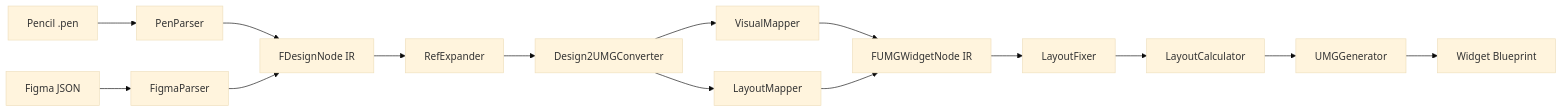
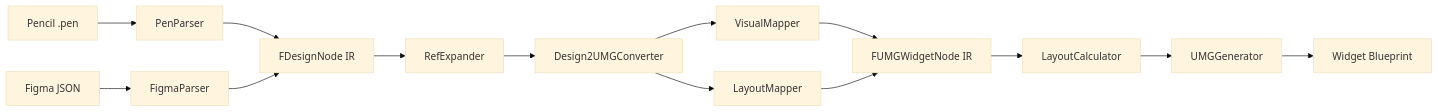
One commit to DiracSea12/Design2UMG changed the diagram in Docs/Architecture.md. Above: the diagram before and after it, drawn with Mermaid (base theme). The commit also changed other lines of this file and 39 other files, not shown here.

````diff
--- a/Docs/Architecture.md
+++ b/Docs/Architecture.md
@@ -9,17 +9,16 @@
 ```mermaid
 graph LR
     A["Pencil .pen"] --> C["PenParser"]
     B["Figma JSON"] --> D["FigmaParser"]
     C --> E["FDesignNode IR"]
     D --> E
     E --> F["RefExpander"]
     F --> G["Design2UMGConverter"]
     G --> H["VisualMapper"]
     G --> I["LayoutMapper"]
     H --> J["FUMGWidgetNode IR"]
     I --> J
-    J --> K["LayoutFixer"]
-    K --> L["LayoutCalculator"]
+    J --> L["LayoutCalculator"]
     L --> M["UMGGenerator"]
     M --> N["Widget Blueprint"]
 ```
````
